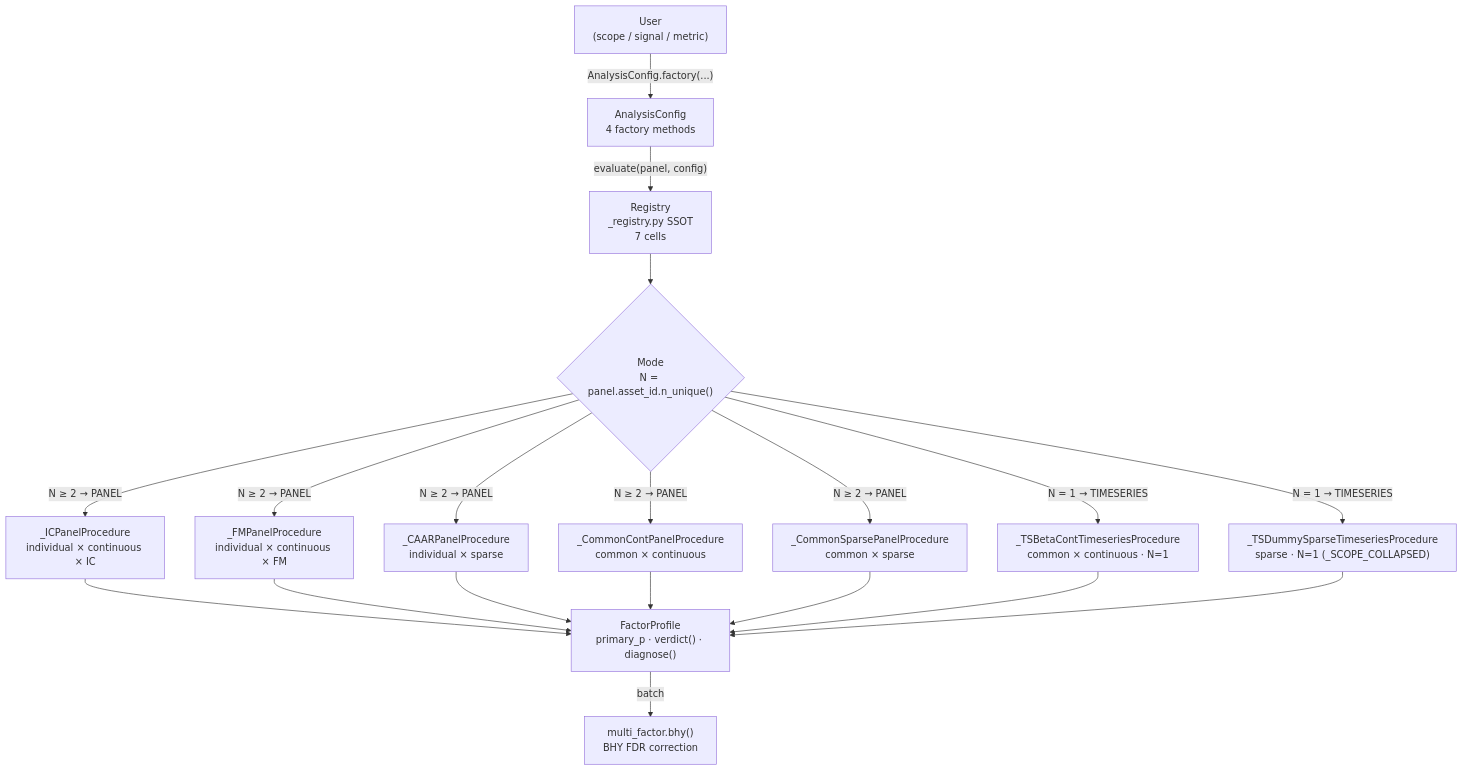
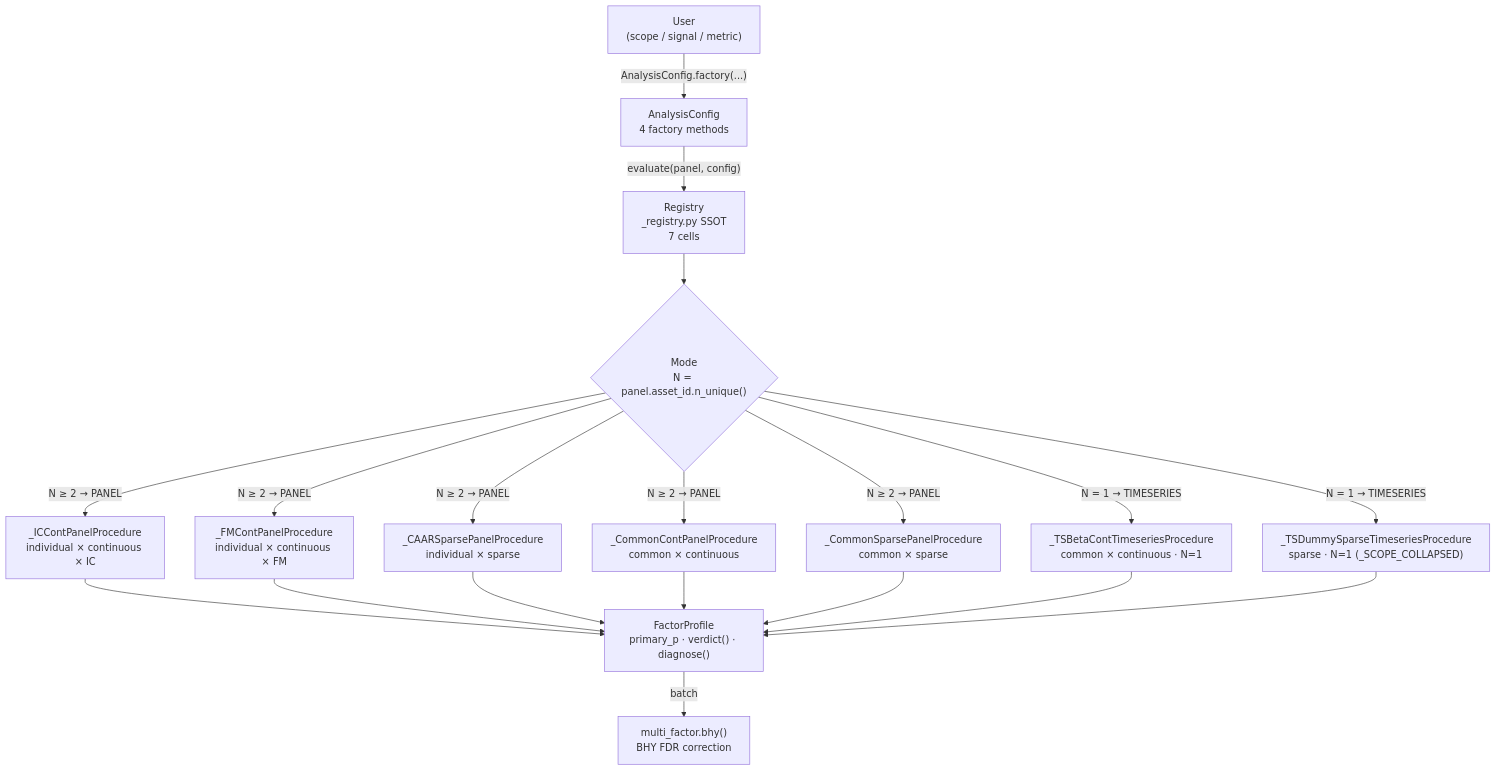
The diagram in docs/development/architecture.md (awwesomeman/factrix), drawn with Mermaid before and after one commit. The commit also changed other lines of this file and 71 other files, not shown here.

````diff
--- a/docs/development/architecture.md
+++ b/docs/development/architecture.md
@@ -20,26 +20,26 @@
 ```mermaid
 flowchart TD
     User["User\n(scope / signal / metric)"]
     AC["AnalysisConfig\n4 factory methods"]
     REG["Registry\n_registry.py SSOT\n7 cells"]
     MODE{"Mode\nN = panel.asset_id.n_unique()"}
 
-    P1["_ICPanelProcedure\nindividual × continuous × IC"]
-    P2["_FMPanelProcedure\nindividual × continuous × FM"]
-    P3["_CAARPanelProcedure\nindividual × sparse"]
+    P1["_ICContPanelProcedure\nindividual × continuous × IC"]
+    P2["_FMContPanelProcedure\nindividual × continuous × FM"]
+    P3["_CAARSparsePanelProcedure\nindividual × sparse"]
     P4["_CommonContPanelProcedure\ncommon × continuous"]
     P5["_CommonSparsePanelProcedure\ncommon × sparse"]
     T1["_TSBetaContTimeseriesProcedure\ncommon × continuous · N=1"]
     T2["_TSDummySparseTimeseriesProcedure\nsparse · N=1 (_SCOPE_COLLAPSED)"]
 
     FP["FactorProfile\nprimary_p · verdict() · diagnose()"]
     BHY["multi_factor.bhy()\nBHY FDR correction"]
 
     User -->|"AnalysisConfig.factory(...)"| AC
     AC -->|"evaluate(panel, config)"| REG
     REG --> MODE
     MODE -->|"N ≥ 2 → PANEL"| P1 & P2 & P3 & P4 & P5
     MODE -->|"N = 1 → TIMESERIES"| T1 & T2
     P1 & P2 & P3 & P4 & P5 & T1 & T2 --> FP
     FP -->|"batch"| BHY
 ```
````
